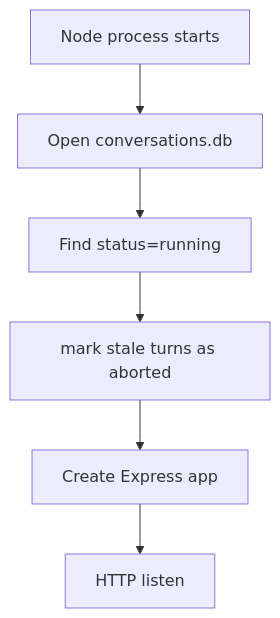
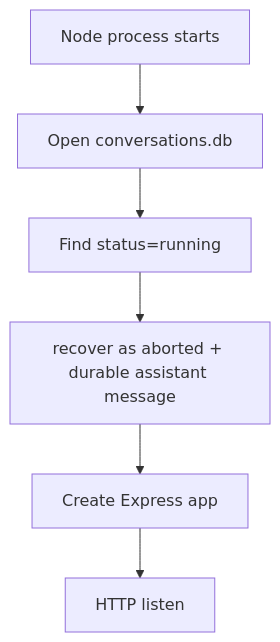
One commit to saga/agentic-data-architect changed the fourth of 8 diagrams in docs/data-control-flow.md. Above: the diagram before and after it, drawn with Mermaid. The commit also changed other lines of this file, not shown here.

Commit message:
docs: align data-control-flow with runtime-neutral restart and Stop lifecycle

```diff
--- a/docs/data-control-flow.md
+++ b/docs/data-control-flow.md
@@ -204,11 +204,11 @@
 ~~~mermaid
 flowchart TD
     Start[Node process starts]
     DB[Open conversations.db]
     Recover[Find status=running]
-    Abort[mark stale turns as aborted]
+    Abort[recover as aborted + durable assistant message]
     App[Create Express app]
     Listen[HTTP listen]
 
     Start --> DB --> Recover --> Abort --> App --> Listen
 ~~~
```
